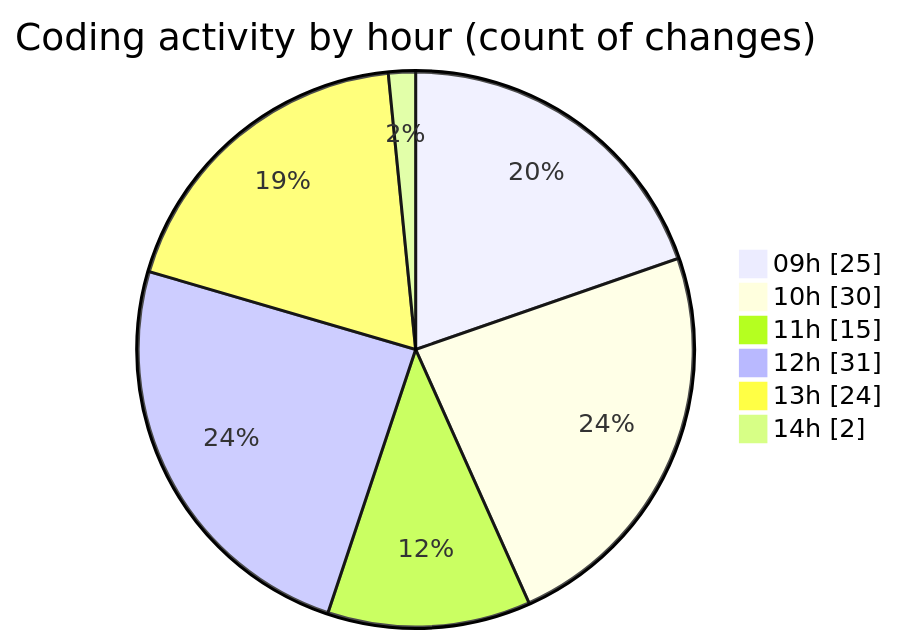
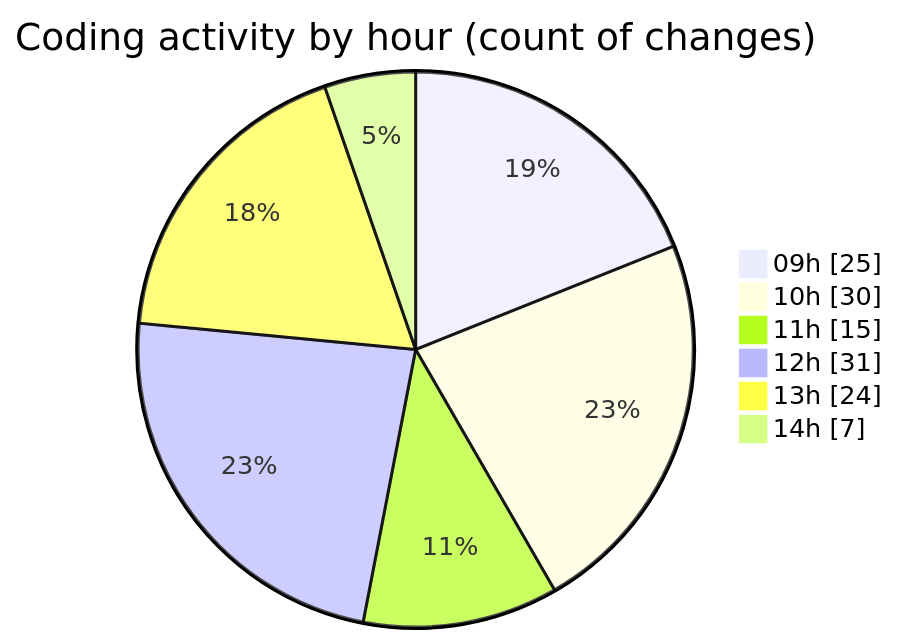
The second of 2 diagrams in 2025-11-18/cda/README.md (momahboobian/code-tracking), drawn with Mermaid before and after one commit. The commit also changed other lines of this file and 1 other file, not shown here.

````diff
--- a/2025-11-18/cda/README.md
+++ b/2025-11-18/cda/README.md
@@ -45,10 +45,10 @@
 ```mermaid
 pie showData
 title Coding activity by hour (count of changes)
 "09h" : 25
 "10h" : 30
 "11h" : 15
 "12h" : 31
 "13h" : 24
-"14h" : 2
+"14h" : 7
 ```
````
